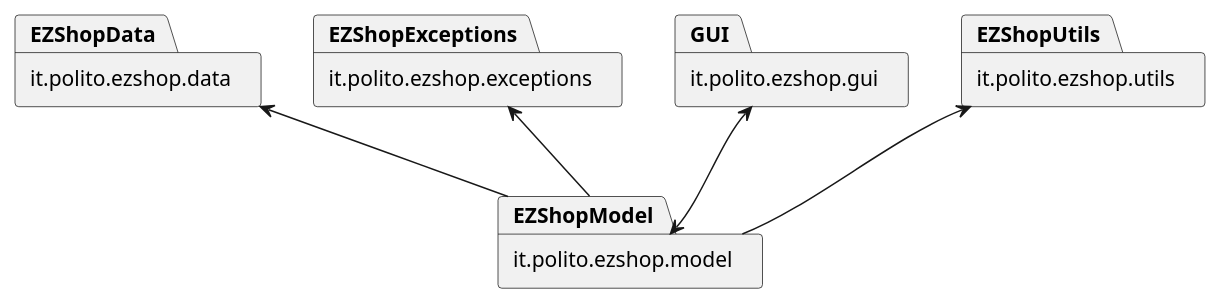
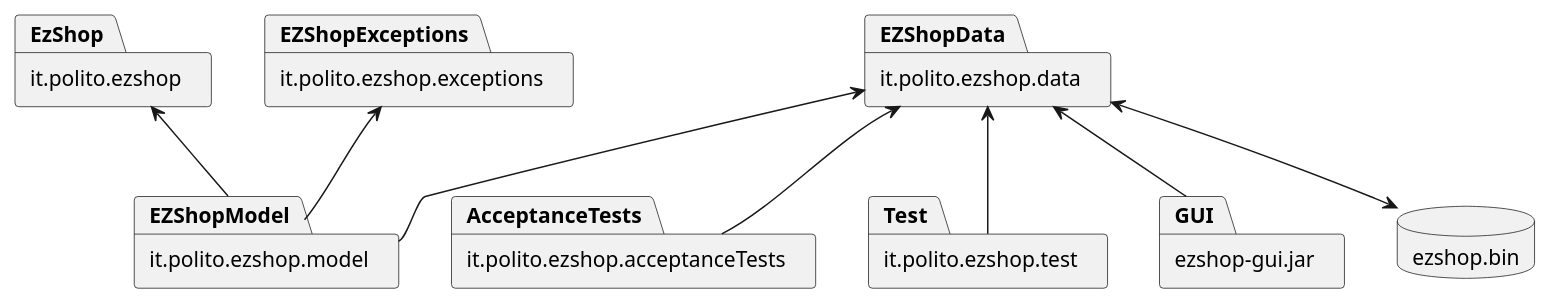
The first of 19 diagrams in Deliverables/DesignDocument.md (ThePiromaximus/ezshop), drawn with PlantUML before and after one commit. The commit also changed other lines of this file, not shown here.

````diff
--- a/Deliverables/DesignDocument.md
+++ b/Deliverables/DesignDocument.md
@@ -26,14 +26,20 @@
 ```plantuml
 @startuml
-package it.polito.ezshop.model as EZShopModel
+package it.polito.ezshop as EzShop
 package it.polito.ezshop.data as EZShopData
 package it.polito.ezshop.exceptions as EZShopExceptions
-package it.polito.ezshop.gui as GUI
-package it.polito.ezshop.utils as EZShopUtils
+package it.polito.ezshop.model as EZShopModel
+package it.polito.ezshop.acceptanceTests as AcceptanceTests
+package it.polito.ezshop.test as Test
+package "ezshop-gui.jar" as GUI
+database ezshop.bin as DB
 
-EZShopUtils <-- EZShopModel
+EzShop <-- EZShopModel
 EZShopData <-- EZShopModel
 EZShopExceptions <-- EZShopModel
-GUI <--> EZShopModel
+EZShopData <-- GUI
+EZShopData <-- AcceptanceTests
+EZShopData <-- Test
+EZShopData <--> DB
 @enduml
 ```
````
